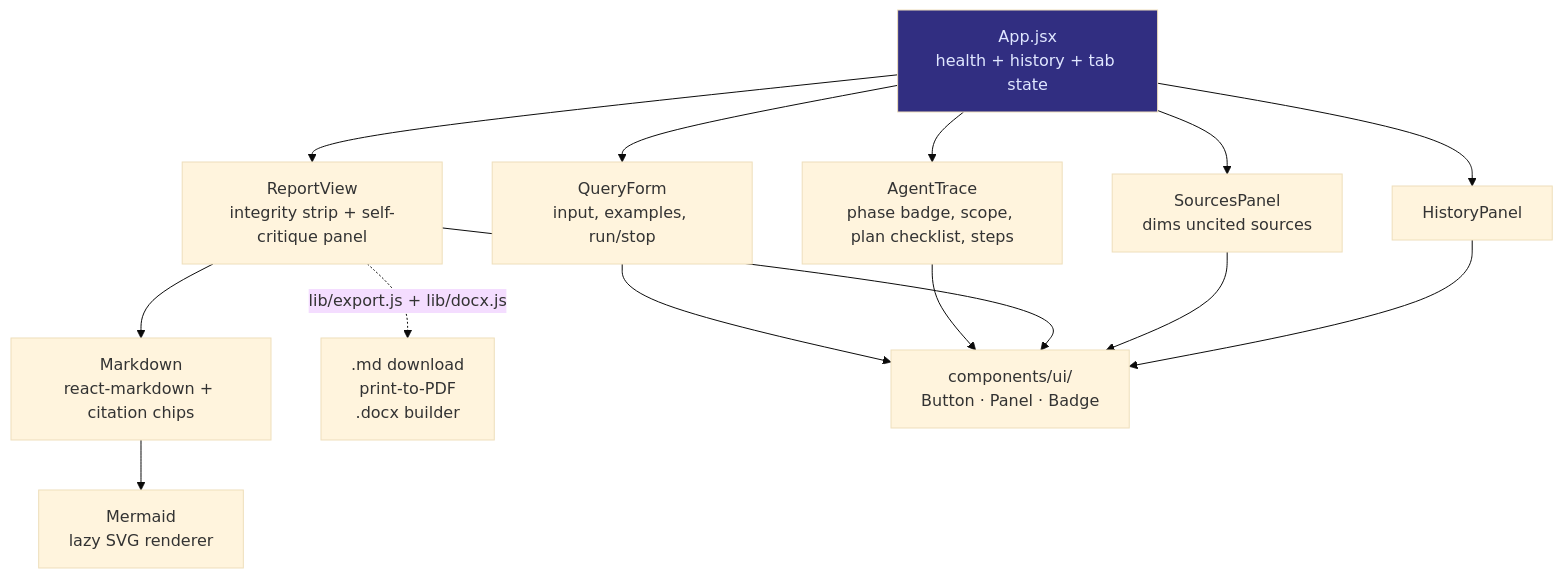
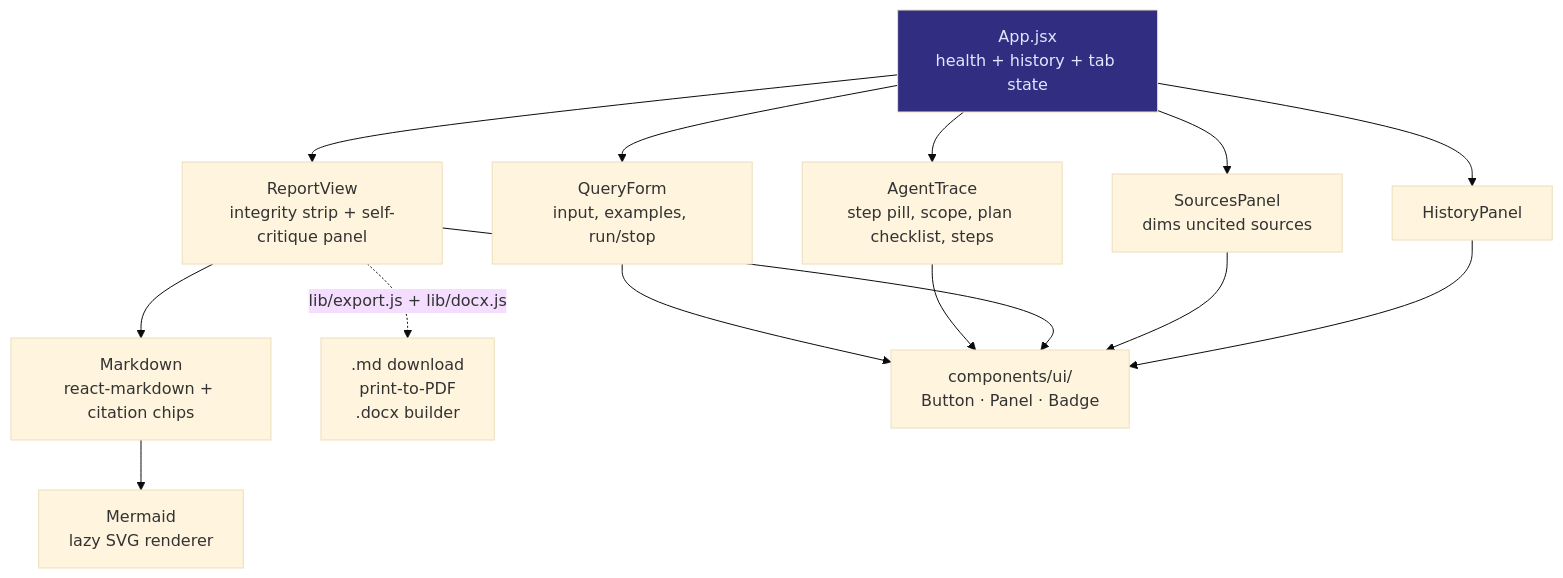
Before and after one commit to AlphaBeast97/deep-research-ai-platform: the second of 4 diagrams in docs/frontend.md, drawn with Mermaid (base theme). The commit also changed other lines of this file and 5 other files, not shown here.

````diff
--- a/docs/frontend.md
+++ b/docs/frontend.md
@@ -52,20 +52,20 @@
 ```mermaid
 flowchart TD
     APP["App.jsx<br/>health + history + tab state"]
     APP --> QF["QueryForm<br/>input, examples, run/stop"]
-    APP --> TR["AgentTrace<br/>phase badge, scope, plan checklist, steps"]
+    APP --> TR["AgentTrace<br/>step pill, scope, plan checklist, steps"]
     APP --> RV["ReportView<br/>integrity strip + self-critique panel"]
     APP --> SP["SourcesPanel<br/>dims uncited sources"]
     APP --> HP["HistoryPanel"]
     RV --> MD["Markdown<br/>react-markdown + citation chips"]
     MD --> MM["Mermaid<br/>lazy SVG renderer"]
     RV -.->|"lib/export.js + lib/docx.js"| EXP[".md download<br/>print-to-PDF<br/>.docx builder"]
     QF --> UI
     TR --> UI
     RV --> UI
     SP --> UI
     HP --> UI
     UI["components/ui/<br/>Button · Panel · Badge"]
 
     style APP fill:#312e81,color:#e0e7ff
 ```
````
